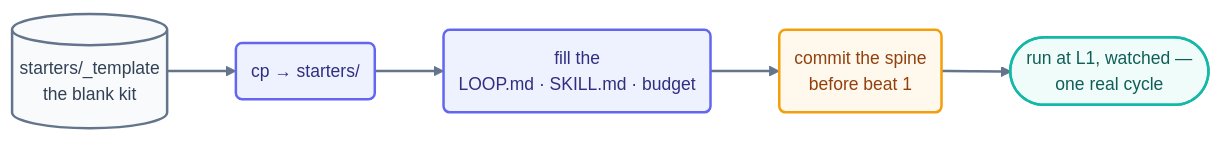
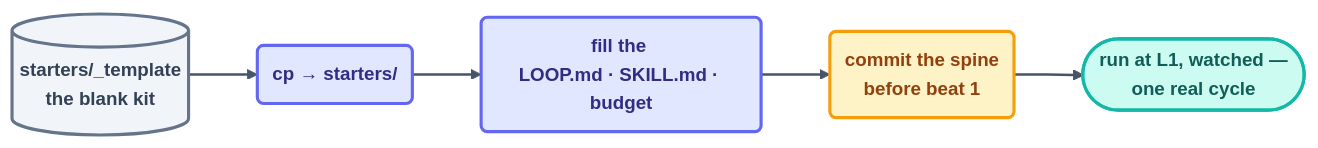
The diagram in docs/09-methods/scaffold-from-template.md (ayeshakhalid192007-dev/LoopEngineering-CrashCourse), drawn with Mermaid before and after one commit. The commit also changed 66 other files, not shown here.

First line of the commit message:
docs(diagrams): visibly bolder pass — deeper fills, heavier strokes, semibold labels

````diff
--- a/docs/09-methods/scaffold-from-template.md
+++ b/docs/09-methods/scaffold-from-template.md
@@ -34,13 +34,13 @@
 ```mermaid
-%%{init: {'theme':'base','themeVariables':{'fontFamily':'ui-sans-serif, system-ui, sans-serif','fontSize':'14px','lineColor':'#64748b','edgeLabelBackground':'#f8fafc'},'flowchart':{'curve':'basis','nodeSpacing':45,'rankSpacing':55,'padding':12}}}%%
+%%{init: {'theme':'base','themeVariables':{'fontFamily':'ui-sans-serif, system-ui, sans-serif','fontSize':'15px','lineColor':'#475569','edgeLabelBackground':'#f8fafc'},'flowchart':{'curve':'basis','nodeSpacing':45,'rankSpacing':55,'padding':12}}}%%
 flowchart LR
     T[("starters/_template<br/>the blank kit")]:::file --> CP("cp → starters/<loop-name>"):::step
     CP --> FILL("fill the <blanks><br/>LOOP.md · SKILL.md · budget"):::step
     FILL --> COMMIT("commit the spine<br/>before beat 1"):::gate
     COMMIT --> RUN(["run at L1, watched —<br/>one real cycle"]):::win
-    linkStyle default stroke:#64748b,stroke-width:2px;
-    classDef file fill:#f8fafc,stroke:#64748b,stroke-width:2px,color:#334155;
-    classDef step fill:#eef2ff,stroke:#6366f1,stroke-width:2px,color:#312e81;
-    classDef gate fill:#fef9ec,stroke:#f59e0b,stroke-width:2px,color:#92400e;
-    classDef win fill:#effcf9,stroke:#14b8a6,stroke-width:2px,color:#115e59;
+    linkStyle default stroke:#475569,stroke-width:2px;
+    classDef file fill:#f1f5f9,stroke:#64748b,stroke-width:2.5px,color:#334155,font-weight:600;
+    classDef step fill:#e0e7ff,stroke:#6366f1,stroke-width:2.5px,color:#312e81,font-weight:600;
+    classDef gate fill:#fef3c7,stroke:#f59e0b,stroke-width:2.5px,color:#92400e,font-weight:600;
+    classDef win fill:#ccfbf1,stroke:#14b8a6,stroke-width:2.5px,color:#115e59,font-weight:600;
 ```
````
